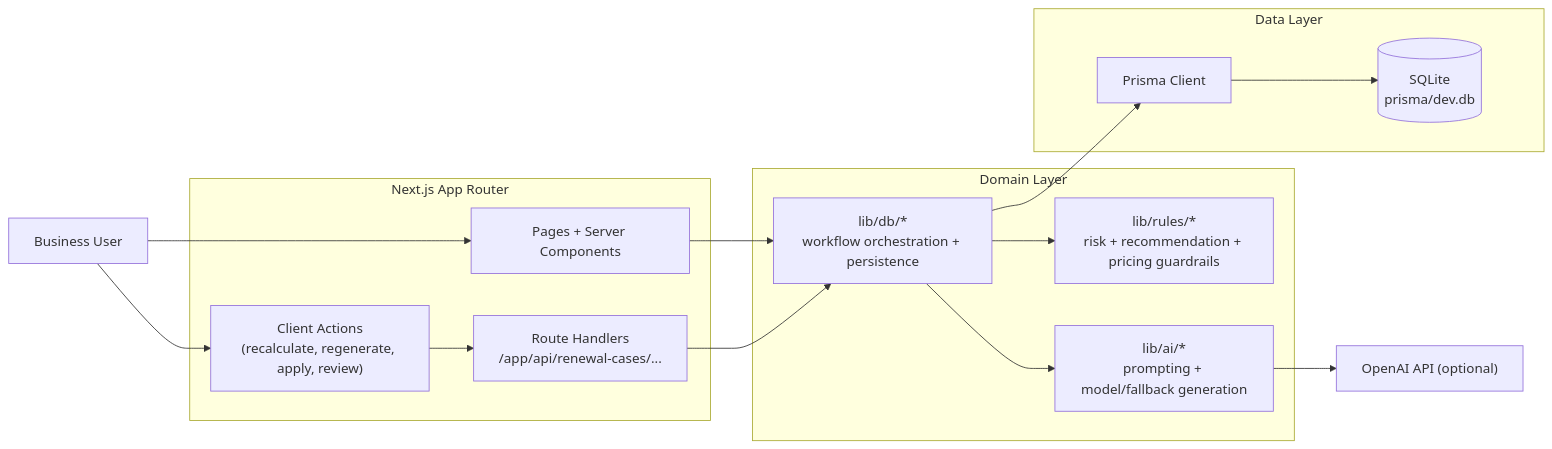
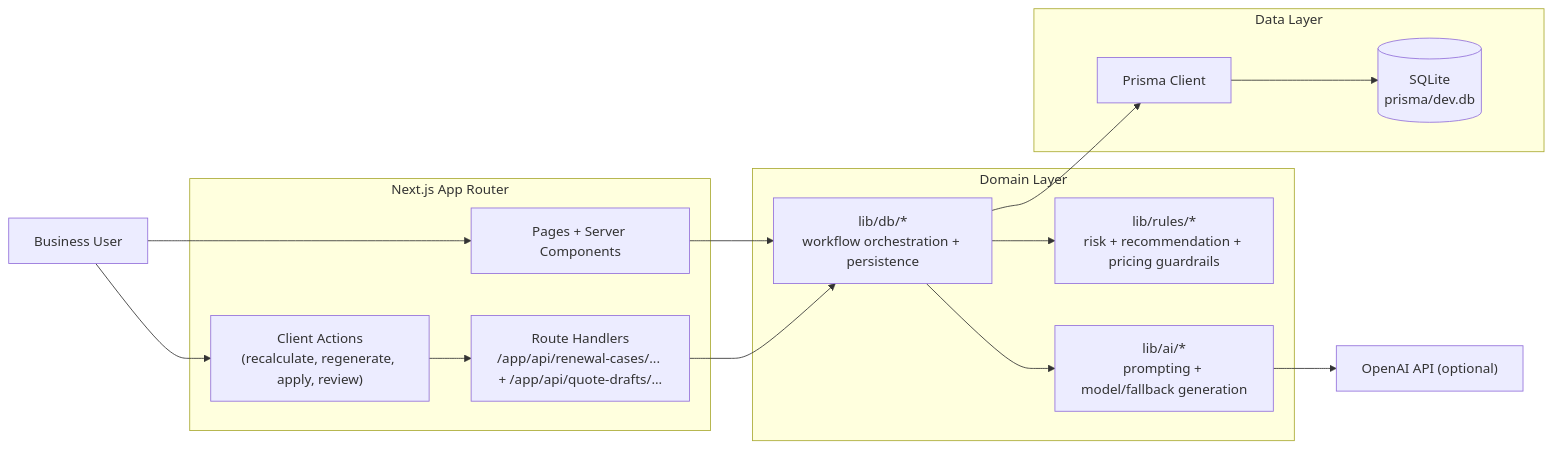
One commit to saralabiswal/ai-renewal-quote-copilot changed the diagram in README.md. Above: the diagram before and after it, drawn with Mermaid. The commit also changed other lines of this file and 68 other files, not shown here.

````diff
--- a/README.md
+++ b/README.md
@@ -105,33 +108,33 @@
 ```mermaid
 flowchart LR
   U[Business User]
 
   subgraph WEB["Next.js App Router"]
     PAGES["Pages + Server Components"]
     CLIENT["Client Actions\n(recalculate, regenerate, apply, review)"]
-    API["Route Handlers\n/app/api/renewal-cases/..."]
+    API["Route Handlers\n/app/api/renewal-cases/... + /app/api/quote-drafts/..."]
   end
 
   subgraph DOMAIN["Domain Layer"]
     DB["lib/db/*\nworkflow orchestration + persistence"]
     RULES["lib/rules/*\nrisk + recommendation + pricing guardrails"]
     AI["lib/ai/*\nprompting + model/fallback generation"]
   end
 
   subgraph DATA["Data Layer"]
     PRISMA["Prisma Client"]
     SQLITE[("SQLite\nprisma/dev.db")]
   end
 
   OAI["OpenAI API (optional)"]
 
   U --> PAGES
   U --> CLIENT
   CLIENT --> API
   PAGES --> DB
   API --> DB
   DB --> RULES
   DB --> AI
   DB --> PRISMA --> SQLITE
   AI --> OAI
 ```
````
